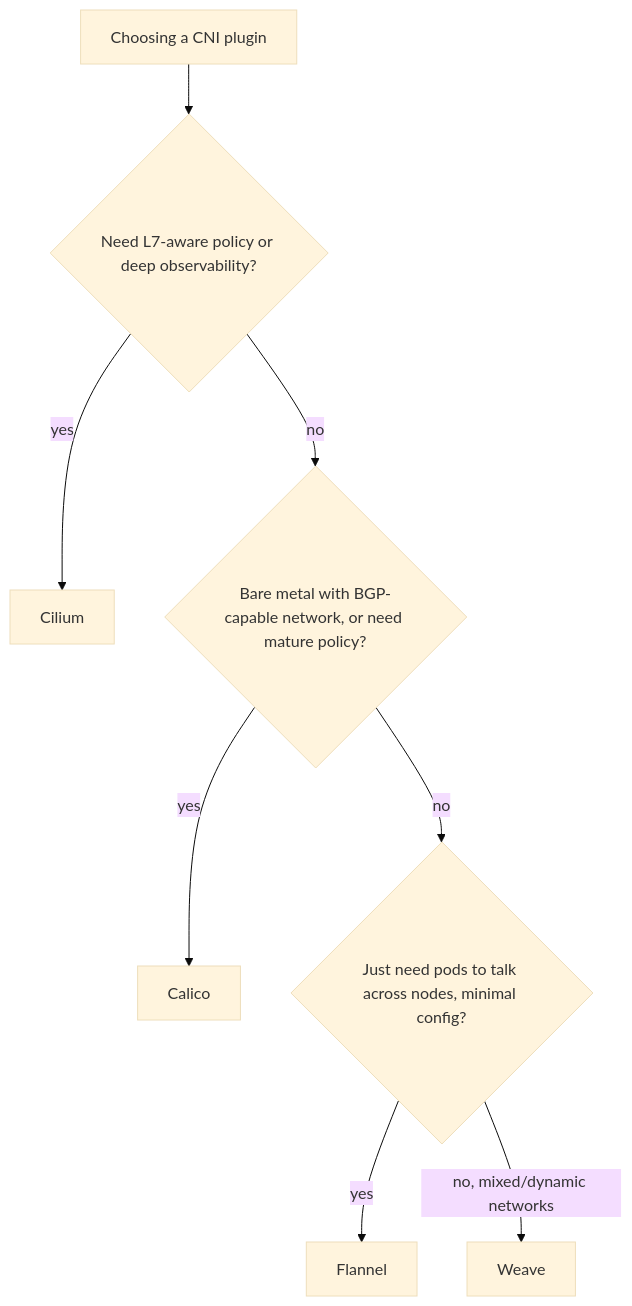
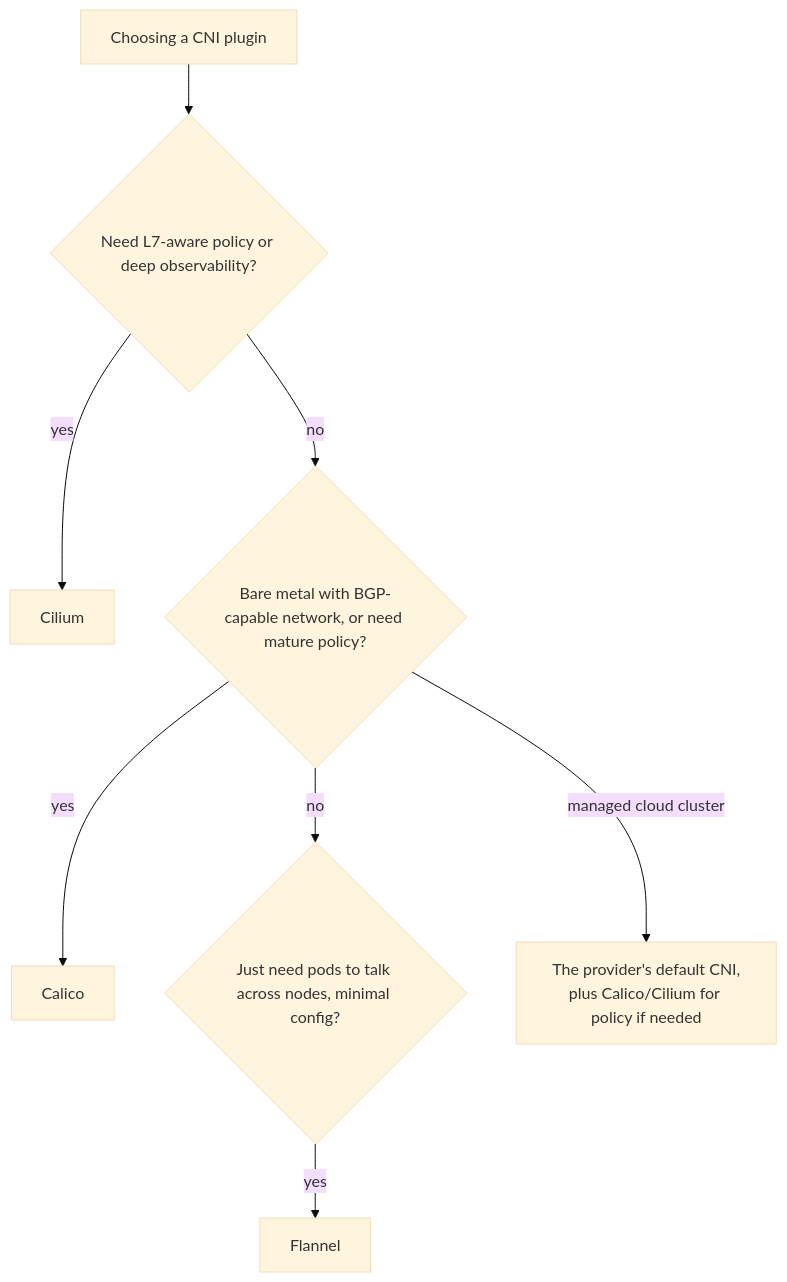
Before and after one commit to sameeralam3127/compute-central-docs: the diagram in docs/kubernetes/networking/06-cni-plugins.md, drawn with Mermaid (base theme). The commit also changed other lines of this file and 134 other files, not shown here.

````diff
--- a/docs/kubernetes/networking/06-cni-plugins.md
+++ b/docs/kubernetes/networking/06-cni-plugins.md
@@ -38,10 +38,10 @@
 ```mermaid
 flowchart TD
     A[Choosing a CNI plugin] --> B{Need L7-aware policy or deep observability?}
     B -->|yes| C[Cilium]
     B -->|no| D{Bare metal with BGP-capable network, or need mature policy?}
     D -->|yes| E[Calico]
     D -->|no| F{Just need pods to talk across nodes, minimal config?}
     F -->|yes| G[Flannel]
-    F -->|no, mixed/dynamic networks| H[Weave]
+    D -->|managed cloud cluster| H[The provider's default CNI,\nplus Calico/Cilium for policy if needed]
 ```
````
